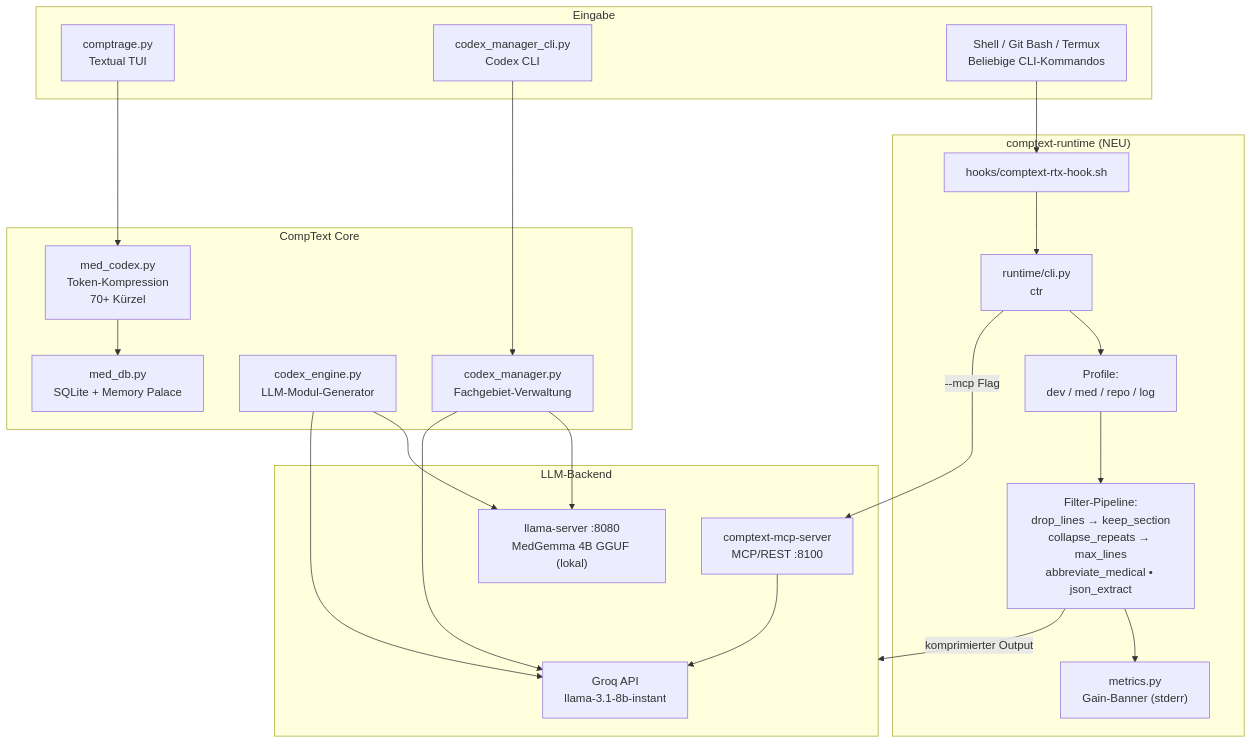
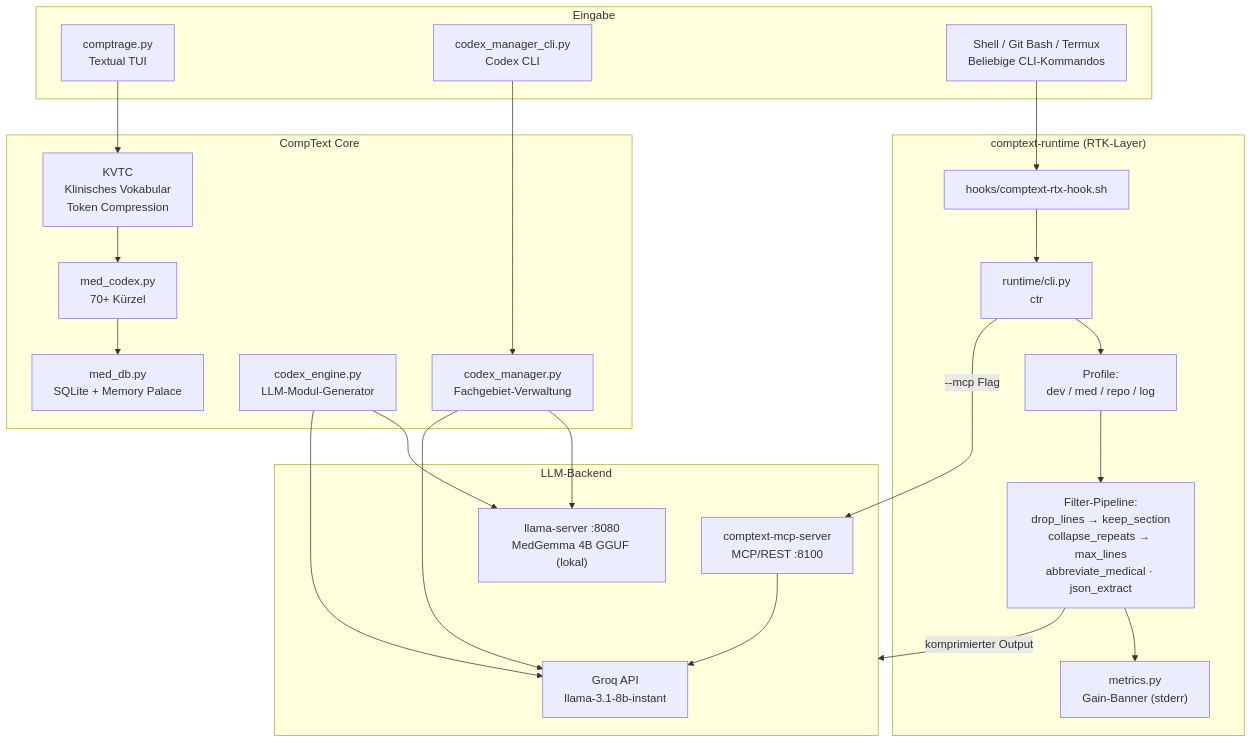
Before and after one commit to ProfRandom92/comptext-termux-v2: the first of 2 diagrams in README.md, drawn with Mermaid. The commit also changed other lines of this file, not shown here.

Commit message:
docs: README Niveau-Upgrade — KVTC, Benchmark, Quick-Win, Ökosystem

````diff
--- a/README.md
+++ b/README.md
@@ -17,41 +83,42 @@
 ```mermaid
 flowchart TD
     subgraph INPUT["Eingabe"]
         TUI["comptrage.py\nTextual TUI"]
         CLI["codex_manager_cli.py\nCodex CLI"]
         SHELL["Shell / Git Bash / Termux\nBeliebige CLI-Kommandos"]
     end
 
-    subgraph RUNTIME["comptext-runtime (NEU)"]
+    subgraph RUNTIME["comptext-runtime (RTK-Layer)"]
         HOOK["hooks/comptext-rtx-hook.sh"]
         CTR["runtime/cli.py\nctr <cmd>"]
         PROFILES["Profile:\ndev / med / repo / log"]
-        FILTERS["Filter-Pipeline:\ndrop_lines → keep_section\ncollapse_repeats → max_lines\nabbreviate_medical • json_extract"]
+        FILTERS["Filter-Pipeline:\ndrop_lines → keep_section\ncollapse_repeats → max_lines\nabbreviate_medical · json_extract"]
         METRICS["metrics.py\nGain-Banner (stderr)"]
     end
 
     subgraph CORE["CompText Core"]
-        MEDCODEX["med_codex.py\nToken-Kompression\n70+ Kürzel"]
+        KVTC["KVTC\nKlinisches Vokabular\nToken Compression"]
+        MEDCODEX["med_codex.py\n70+ Kürzel"]
         MEDDB["med_db.py\nSQLite + Memory Palace"]
         ENGINE["codex_engine.py\nLLM-Modul-Generator"]
         CODEXMGR["codex_manager.py\nFachgebiet-Verwaltung"]
     end
 
     subgraph LLM["LLM-Backend"]
         GROQ["Groq API\nllama-3.1-8b-instant"]
         LOCAL["llama-server :8080\nMedGemma 4B GGUF (lokal)"]
         MCP["comptext-mcp-server\nMCP/REST :8100"]
     end
 
     SHELL --> HOOK --> CTR --> PROFILES --> FILTERS --> METRICS
-    TUI --> MEDCODEX
+    TUI --> KVTC --> MEDCODEX
     CLI --> CODEXMGR
     FILTERS -->|komprimierter Output| LLM
     MEDCODEX --> MEDDB
     ENGINE --> LOCAL
     ENGINE --> GROQ
     CODEXMGR --> LOCAL
     CODEXMGR --> GROQ
     CTR -->|--mcp Flag| MCP
     MCP --> GROQ
 ```
````
